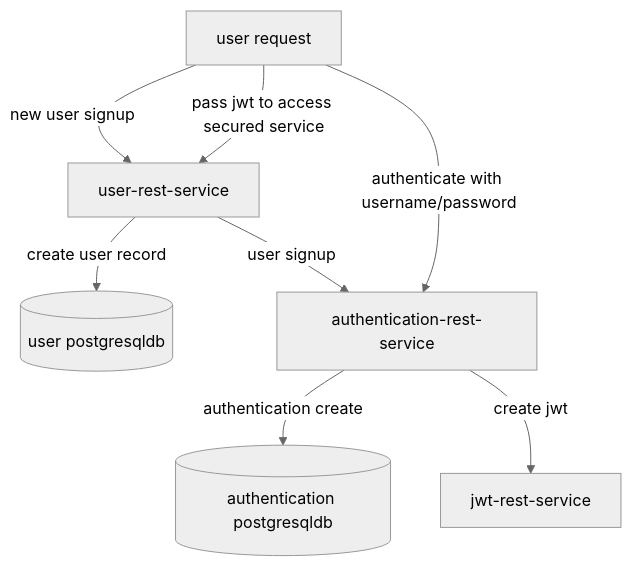
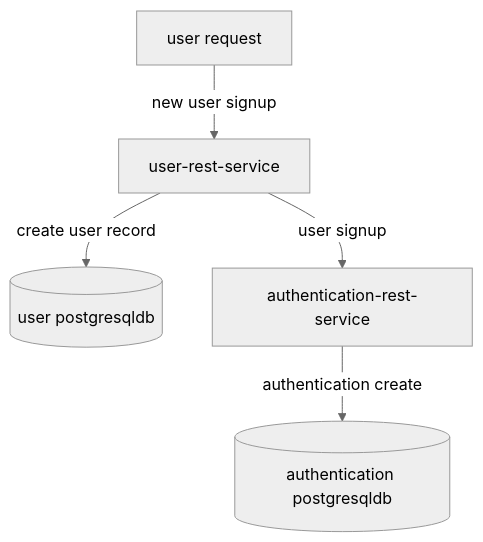
One commit to sonamsamdupkhangsar/sonamsamdupkhangsar.github.io changed the first of 3 diagrams in README.md. Above: the diagram before and after it, drawn with Mermaid (neutral theme). The commit also changed other lines of this file, not shown here.

Commit message:
add jwt redirection

````diff
--- a/README.md
+++ b/README.md
@@ -7,11 +9,7 @@
 ```mermaid
 flowchart TD
     A[user request] --> |new user signup| B[user-rest-service]
     B[user-rest-service] -->|create user record| E[(user postgresqldb)]
     B[user-rest-service] -->|user signup| C[authentication-rest-service]
-    C -->|authentication create| D[(authentication postgresqldb)]    
-    A[user request] --> |authenticate with username/password| C[authentication-rest-service]
-    C --> | create jwt| F[jwt-rest-service]
-    A -->|pass jwt to access secured service| B[user-rest-service]
-
+    C -->|authentication create| D[(authentication postgresqldb)]       
 ```
````
